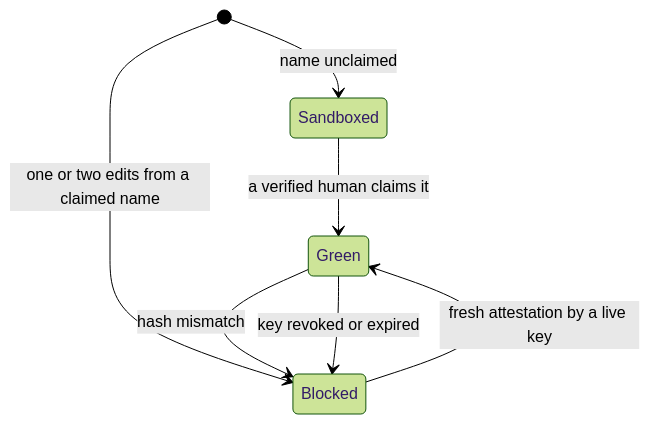
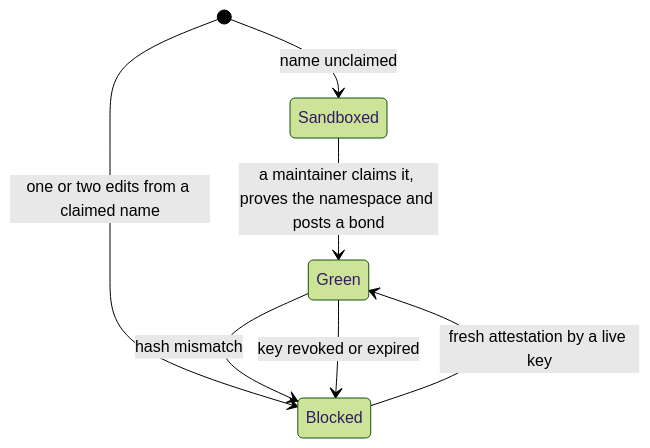
Before and after one commit to SamuelDharshi/Proofmark: the second of 2 diagrams in README.md, drawn with Mermaid (forest theme). The commit also changed other lines of this file and 5 other files, not shown here.

Commit message:
docs: replace verified human with unique, domain-verified, bonded across README and gateway messages

````diff
--- a/README.md
+++ b/README.md
@@ -109,9 +109,9 @@
 ```mermaid
 stateDiagram-v2
   [*] --> Sandboxed: name unclaimed
   [*] --> Blocked: one or two edits from a claimed name
-  Sandboxed --> Green: a verified human claims it
+  Sandboxed --> Green: a maintainer claims it, proves the namespace and posts a bond
   Green --> Blocked: hash mismatch
   Green --> Blocked: key revoked or expired
   Blocked --> Green: fresh attestation by a live key
 ```
````
